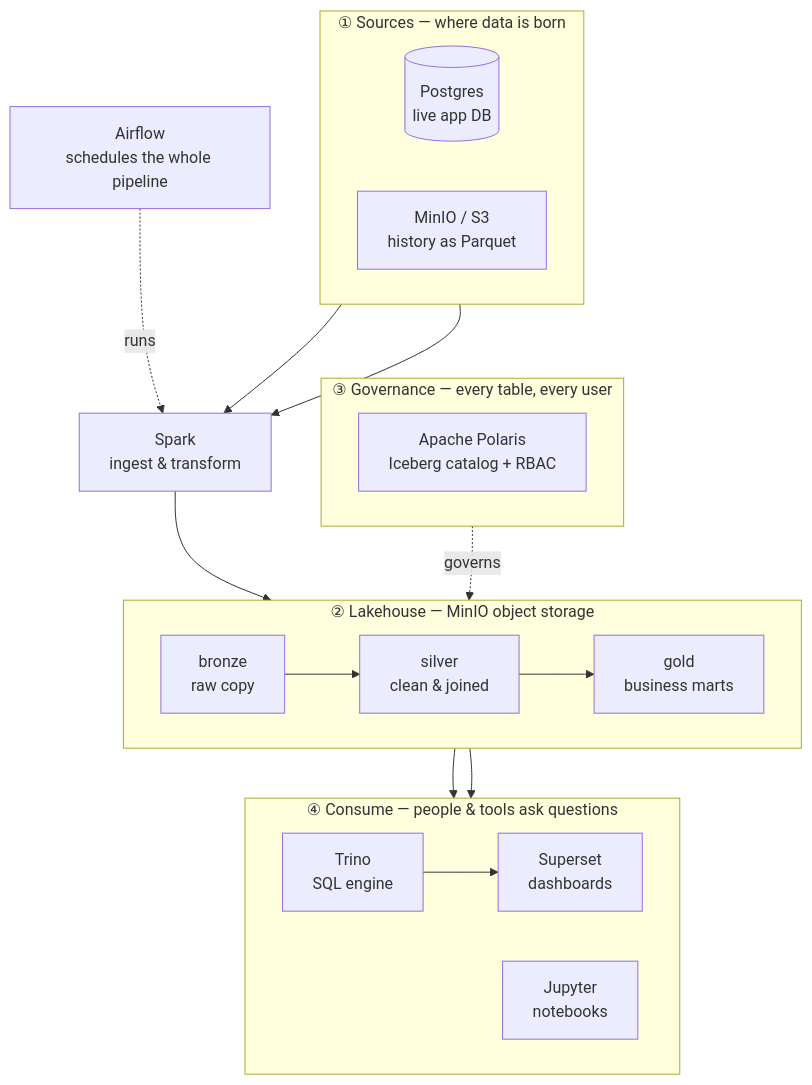
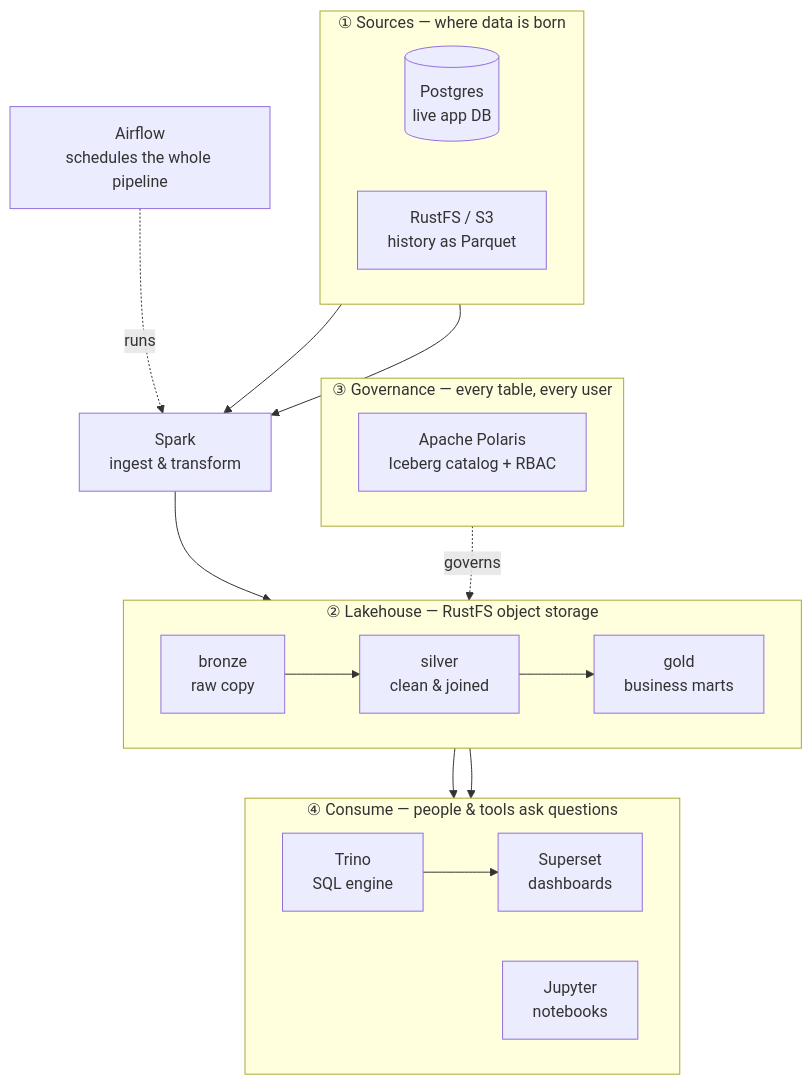
Before and after one commit to maarthala/databrick-local-simulator: the diagram in training/docs/unit0/architecture.md, drawn with Mermaid. The commit also changed other lines of this file and 27 other files, not shown here.

````diff
--- a/training/docs/unit0/architecture.md
+++ b/training/docs/unit0/architecture.md
@@ -15,38 +15,38 @@
 ```mermaid
 flowchart TB
   subgraph SRC["① Sources — where data is born"]
     direction LR
     PG[(Postgres<br/>live app DB)]
-    HIST[MinIO / S3<br/>history as Parquet]
+    HIST[RustFS / S3<br/>history as Parquet]
   end
 
   ING[Spark<br/>ingest & transform]
 
-  subgraph LAKE["② Lakehouse — MinIO object storage"]
+  subgraph LAKE["② Lakehouse — RustFS object storage"]
     direction LR
     BR[bronze<br/>raw copy] --> SI[silver<br/>clean & joined] --> GO[gold<br/>business marts]
   end
 
   subgraph GOV["③ Governance — every table, every user"]
     direction LR
     POL[Apache Polaris<br/>Iceberg catalog + RBAC]
   end
 
   subgraph USE["④ Consume — people & tools ask questions"]
     direction LR
     TR[Trino<br/>SQL engine]
     SUP[Superset<br/>dashboards]
     JUP[Jupyter<br/>notebooks]
   end
 
   AF[Airflow<br/>schedules the whole pipeline]
 
   PG --> ING
   HIST --> ING
   ING --> BR
   AF -.runs.-> ING
   POL -.governs.-> LAKE
   GO --> TR
   TR --> SUP
   GO --> JUP
 ```
````
